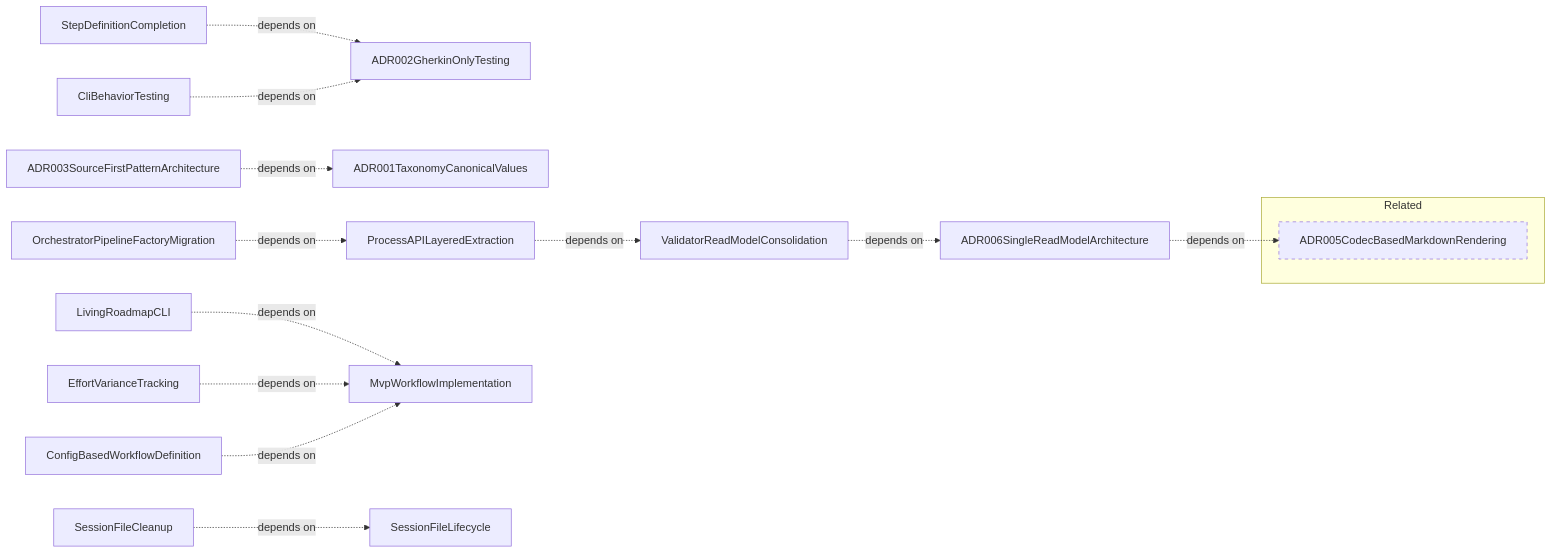
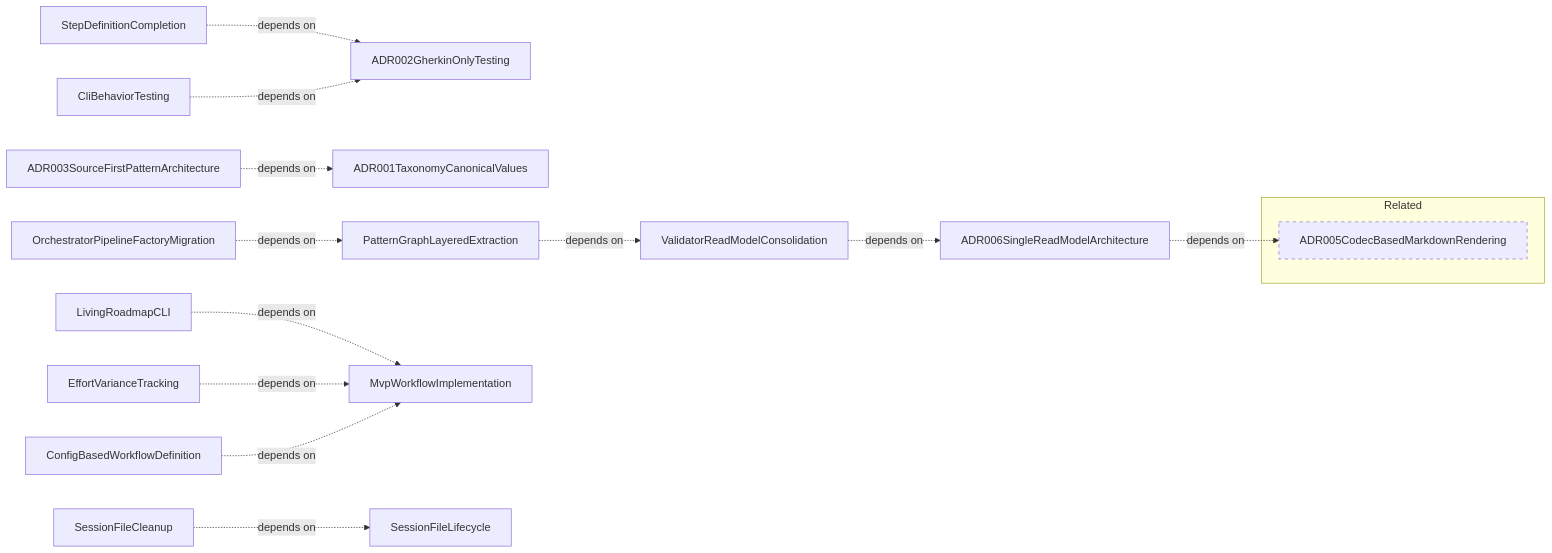
One commit to libar-dev/architect changed the second of 2 diagrams in docs-live/product-areas/PROCESS.md. Above: the diagram before and after it, drawn with Mermaid. The commit also changed 48 other files, not shown here.

````diff
--- a/docs-live/product-areas/PROCESS.md
+++ b/docs-live/product-areas/PROCESS.md
@@ -230,33 +230,33 @@
 ```mermaid
 graph LR
     ADR006SingleReadModelArchitecture["ADR006SingleReadModelArchitecture"]
     ADR003SourceFirstPatternArchitecture["ADR003SourceFirstPatternArchitecture"]
     ADR002GherkinOnlyTesting["ADR002GherkinOnlyTesting"]
     ADR001TaxonomyCanonicalValues["ADR001TaxonomyCanonicalValues"]
     ValidatorReadModelConsolidation["ValidatorReadModelConsolidation"]
     StepDefinitionCompletion["StepDefinitionCompletion"]
     SessionFileCleanup["SessionFileCleanup"]
-    ProcessAPILayeredExtraction["ProcessAPILayeredExtraction"]
+    PatternGraphLayeredExtraction["PatternGraphLayeredExtraction"]
     OrchestratorPipelineFactoryMigration["OrchestratorPipelineFactoryMigration"]
     MvpWorkflowImplementation["MvpWorkflowImplementation"]
     LivingRoadmapCLI["LivingRoadmapCLI"]
     EffortVarianceTracking["EffortVarianceTracking"]
     ConfigBasedWorkflowDefinition["ConfigBasedWorkflowDefinition"]
     CliBehaviorTesting["CliBehaviorTesting"]
     SessionFileLifecycle["SessionFileLifecycle"]
     subgraph related["Related"]
         ADR005CodecBasedMarkdownRendering["ADR005CodecBasedMarkdownRendering"]:::neighbor
     end
     ADR006SingleReadModelArchitecture -.->|depends on| ADR005CodecBasedMarkdownRendering
     ADR003SourceFirstPatternArchitecture -.->|depends on| ADR001TaxonomyCanonicalValues
     ValidatorReadModelConsolidation -.->|depends on| ADR006SingleReadModelArchitecture
     StepDefinitionCompletion -.->|depends on| ADR002GherkinOnlyTesting
     SessionFileCleanup -.->|depends on| SessionFileLifecycle
-    ProcessAPILayeredExtraction -.->|depends on| ValidatorReadModelConsolidation
-    OrchestratorPipelineFactoryMigration -.->|depends on| ProcessAPILayeredExtraction
+    PatternGraphLayeredExtraction -.->|depends on| ValidatorReadModelConsolidation
+    OrchestratorPipelineFactoryMigration -.->|depends on| PatternGraphLayeredExtraction
     LivingRoadmapCLI -.->|depends on| MvpWorkflowImplementation
     EffortVarianceTracking -.->|depends on| MvpWorkflowImplementation
     ConfigBasedWorkflowDefinition -.->|depends on| MvpWorkflowImplementation
     CliBehaviorTesting -.->|depends on| ADR002GherkinOnlyTesting
     classDef neighbor stroke-dasharray: 5 5
 ```
````
